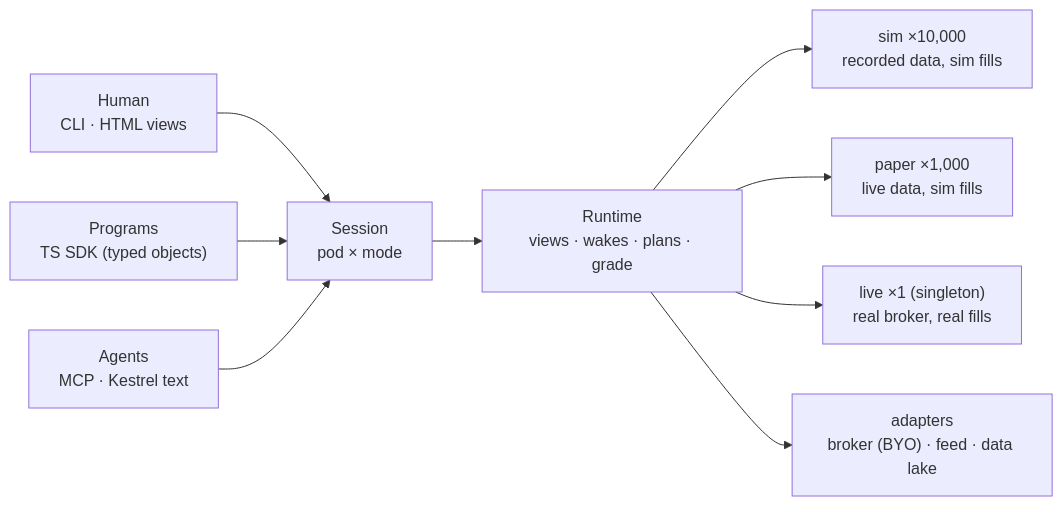
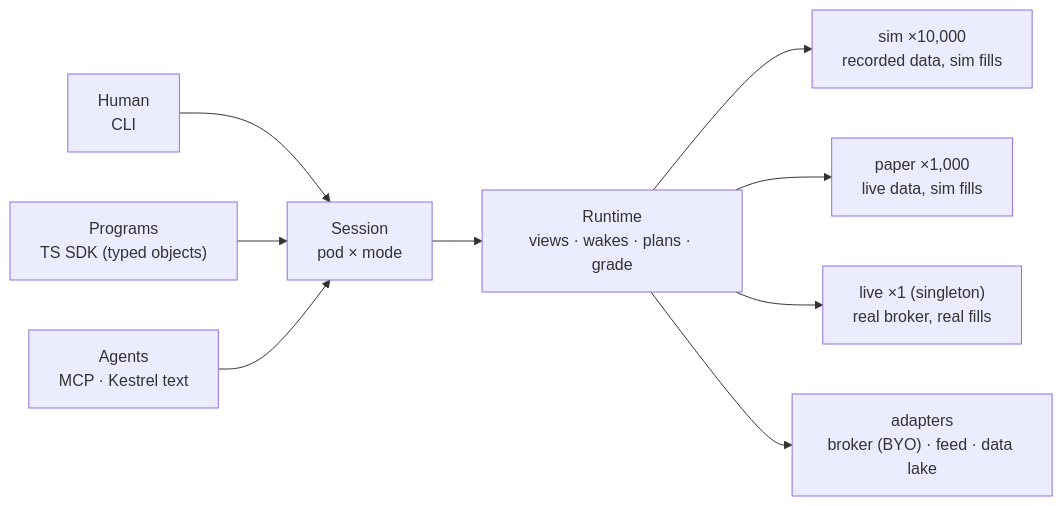
The second of 2 diagrams in packages/kestrel.markets/README.md (dot-do/packages), drawn with Mermaid before and after one commit. The commit also changed other lines of this file and 293 other files, not shown here.

````diff
--- a/packages/kestrel.markets/README.md
+++ b/packages/kestrel.markets/README.md
@@ -219,11 +222,11 @@
 ```mermaid
 flowchart LR
-    H["Human<br/>CLI · HTML views"] --> S
+    H["Human<br/>CLI"] --> S
     P["Programs<br/>TS SDK (typed objects)"] --> S
     G["Agents<br/>MCP · Kestrel text"] --> S
     S["Session<br/>pod × mode"] --> RT["Runtime<br/>views · wakes · plans · grade"]
     RT --> SIM["sim ×10,000<br/>recorded data, sim fills"]
     RT --> PAP["paper ×1,000<br/>live data, sim fills"]
     RT --> LIVE["live ×1 (singleton)<br/>real broker, real fills"]
     RT --> ADP["adapters<br/>broker (BYO) · feed · data lake"]
 ```
````
